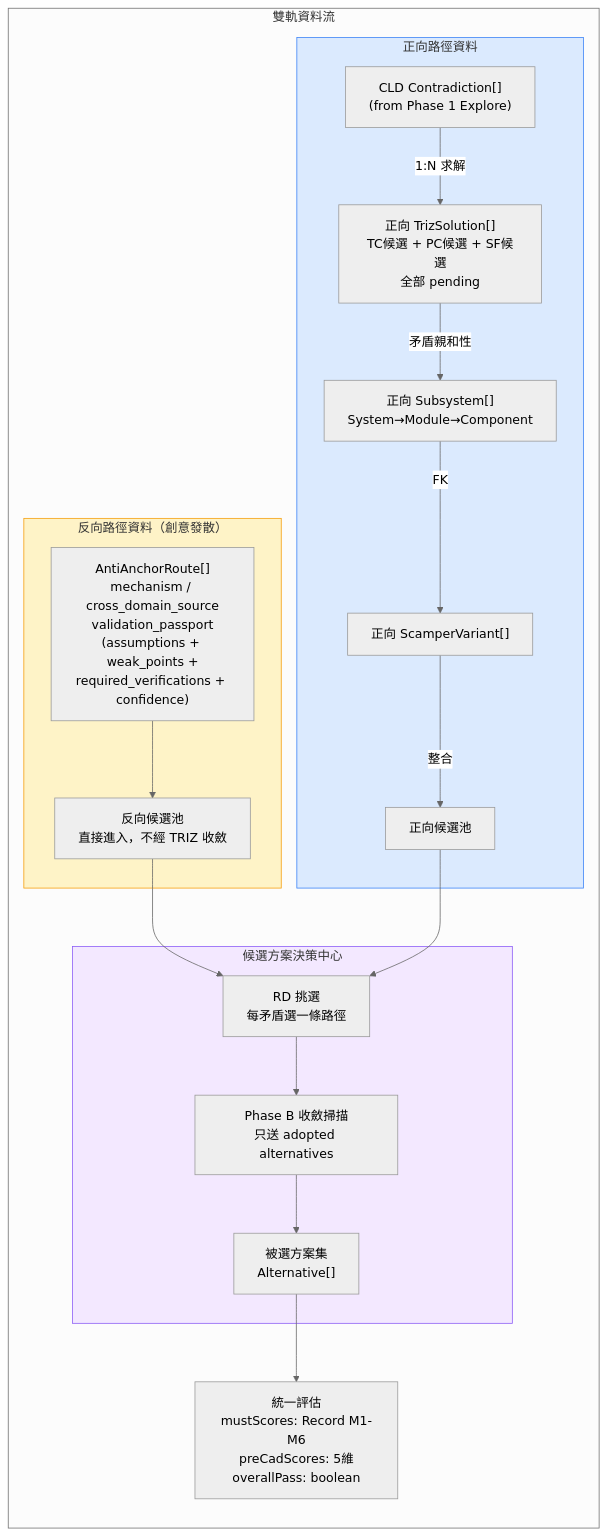
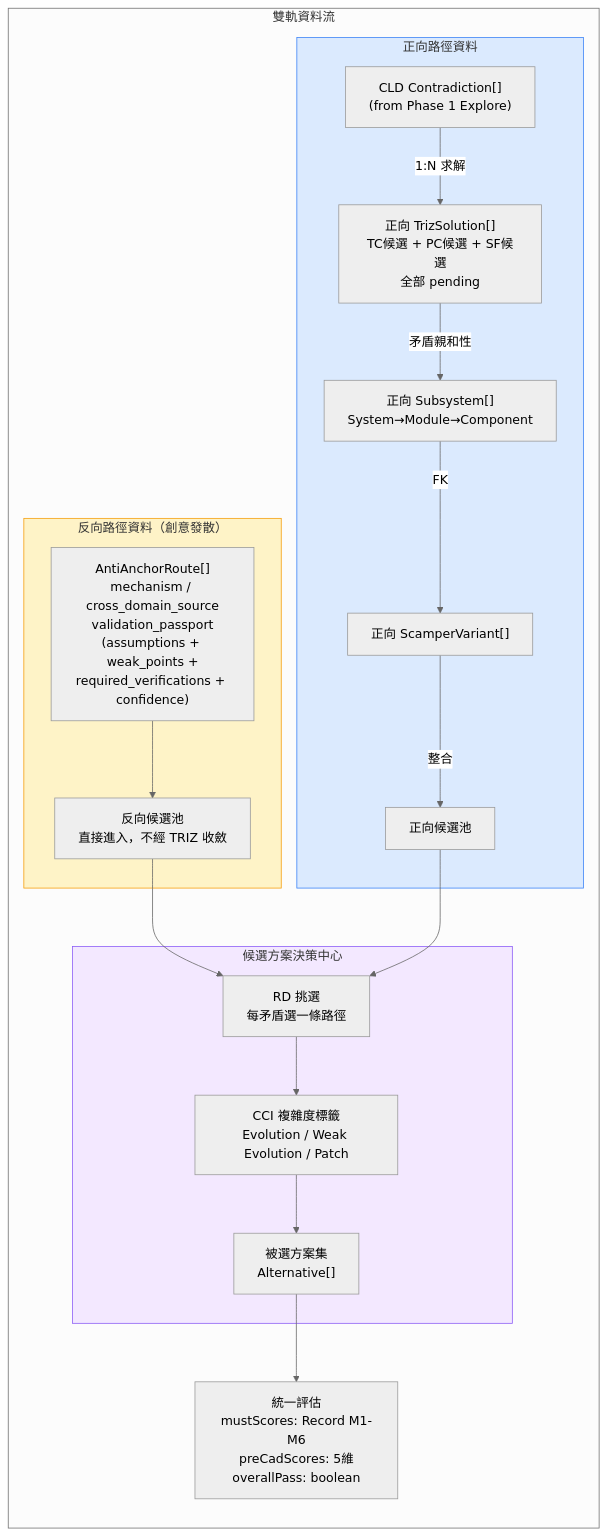
The third of 4 diagrams in docs/01-define/diagrams/appendix-e--triz-scamper-flow.md (Zenobia0000/RD_copilot_system), drawn with Mermaid before and after one commit. The commit also changed other lines of this file and 10 other files, not shown here.

First line of the commit message:
docs: Phase B 完整退役 — SIM + CCI 前置覆蓋 (v9)

````diff
--- a/docs/01-define/diagrams/appendix-e--triz-scamper-flow.md
+++ b/docs/01-define/diagrams/appendix-e--triz-scamper-flow.md
@@ -210,40 +180,40 @@
 ```mermaid
 %%{init: {'theme': 'neutral'}}%%
 flowchart TB
     subgraph DUAL_TRACK["雙軌資料流"]
         direction TB
 
         subgraph REV_DATA["反向路徑資料（創意發散）"]
             AA["AntiAnchorRoute[]<br/>mechanism / cross_domain_source<br/>validation_passport<br/>(assumptions + weak_points +<br/>required_verifications + confidence)"]
             R_POOL["反向候選池<br/>直接進入，不經 TRIZ 收斂"]
             AA --> R_POOL
         end
 
         subgraph FWD_DATA["正向路徑資料"]
             F_EC["CLD Contradiction[]<br/>(from Phase 1 Explore)"]
             F_TS["正向 TrizSolution[]<br/>TC候選 + PC候選 + SF候選<br/>全部 pending"]
             F_SS["正向 Subsystem[]<br/>System→Module→Component"]
             F_SV["正向 ScamperVariant[]"]
             F_POOL["正向候選池"]
             F_EC -->|"1:N 求解"| F_TS
             F_TS -->|"矛盾親和性"| F_SS
             F_SS -->|"FK"| F_SV -->|"整合"| F_POOL
         end
 
         subgraph HUB_DATA["候選方案決策中心"]
             SELECT_DATA["RD 挑選<br/>每矛盾選一條路徑"]
-            PHASE_B_DATA["Phase B 收斂掃描<br/>只送 adopted alternatives"]
+            CCI_DATA["CCI 複雜度標籤<br/>Evolution / Weak Evolution / Patch"]
             ADOPTED["被選方案集<br/>Alternative[]"]
-            SELECT_DATA --> PHASE_B_DATA --> ADOPTED
+            SELECT_DATA --> CCI_DATA --> ADOPTED
         end
         R_POOL --> SELECT_DATA
         F_POOL --> SELECT_DATA
 
         EVAL["統一評估<br/>mustScores: Record M1-M6<br/>preCadScores: 5維<br/>overallPass: boolean"]
         ADOPTED --> EVAL
     end
 
     style REV_DATA fill:#FEF3C7,stroke:#F59E0B
     style FWD_DATA fill:#DBEAFE,stroke:#3B82F6
     style HUB_DATA fill:#F3E8FF,stroke:#8B5CF6
 ```
````
